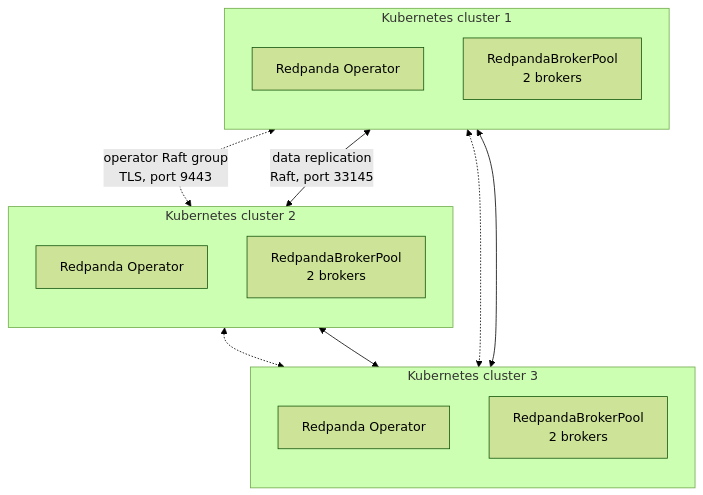
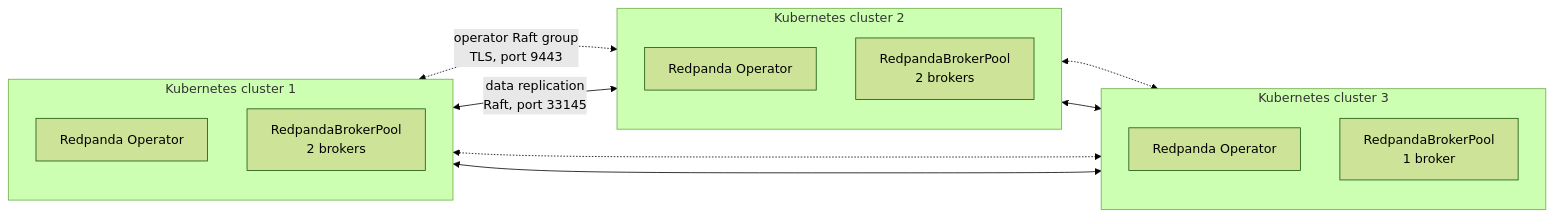
One commit to redpanda-data/docs changed the diagram in modules/deploy/pages/redpanda/kubernetes/k-stretch-clusters.adoc. Above: the diagram before and after it, drawn with Mermaid (forest theme). The commit also changed other lines of this file and 1 other file, not shown here.

First line of the commit message:
docs: revert to the 2/2/1 broker layout and arrange clusters side by side

```diff
--- a/modules/deploy/pages/redpanda/kubernetes/k-stretch-clusters.adoc
+++ b/modules/deploy/pages/redpanda/kubernetes/k-stretch-clusters.adoc
@@ -35,25 +35,25 @@
 [mermaid]
 ----
-graph TB
+graph LR
     subgraph kc1["Kubernetes cluster 1"]
         direction TB
         o1["Redpanda Operator"]
         b1["RedpandaBrokerPool<br/>2 brokers"]
     end
     subgraph kc2["Kubernetes cluster 2"]
         direction TB
         o2["Redpanda Operator"]
         b2["RedpandaBrokerPool<br/>2 brokers"]
     end
     subgraph kc3["Kubernetes cluster 3"]
         direction TB
         o3["Redpanda Operator"]
-        b3["RedpandaBrokerPool<br/>2 brokers"]
+        b3["RedpandaBrokerPool<br/>1 broker"]
     end
     o1 <-. "operator Raft group<br/>TLS, port 9443" .-> o2
     o2 <-. " " .-> o3
     o1 <-. " " .-> o3
     b1 <--> |"data replication<br/>Raft, port 33145"| b2
     b2 <--> b3
     b1 <--> b3
 ----
```
